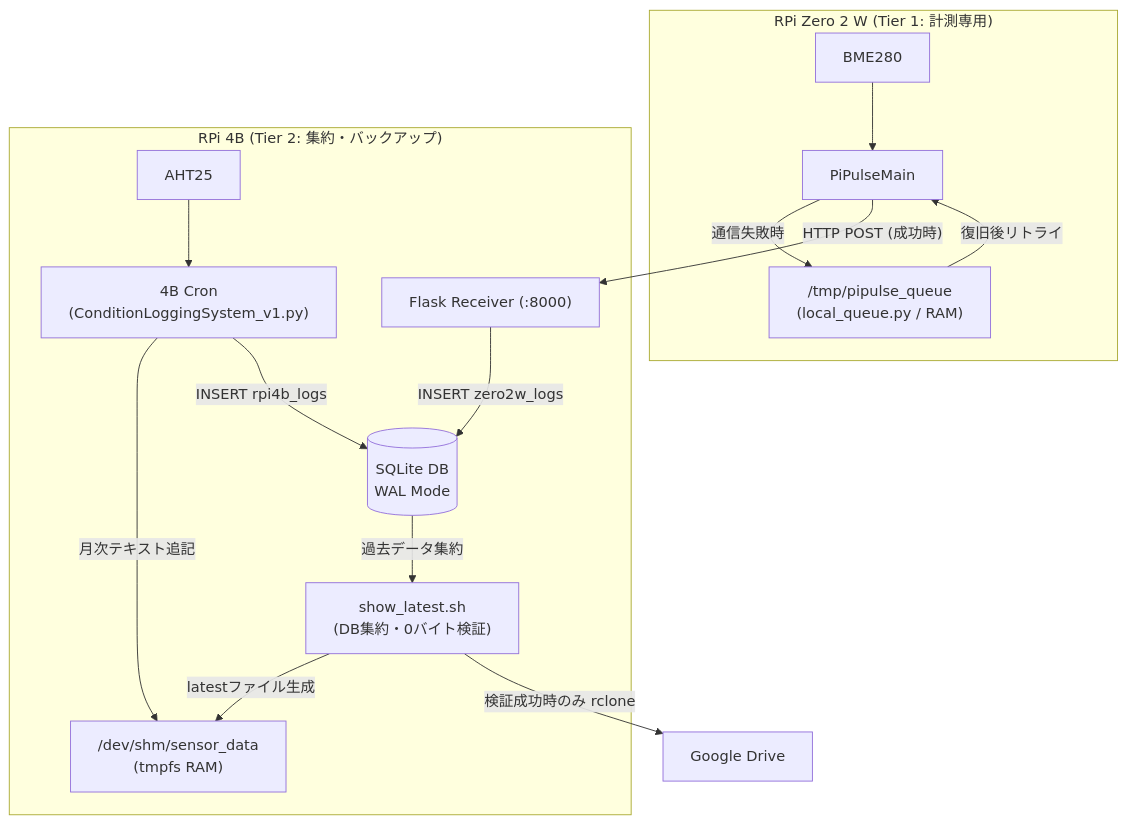
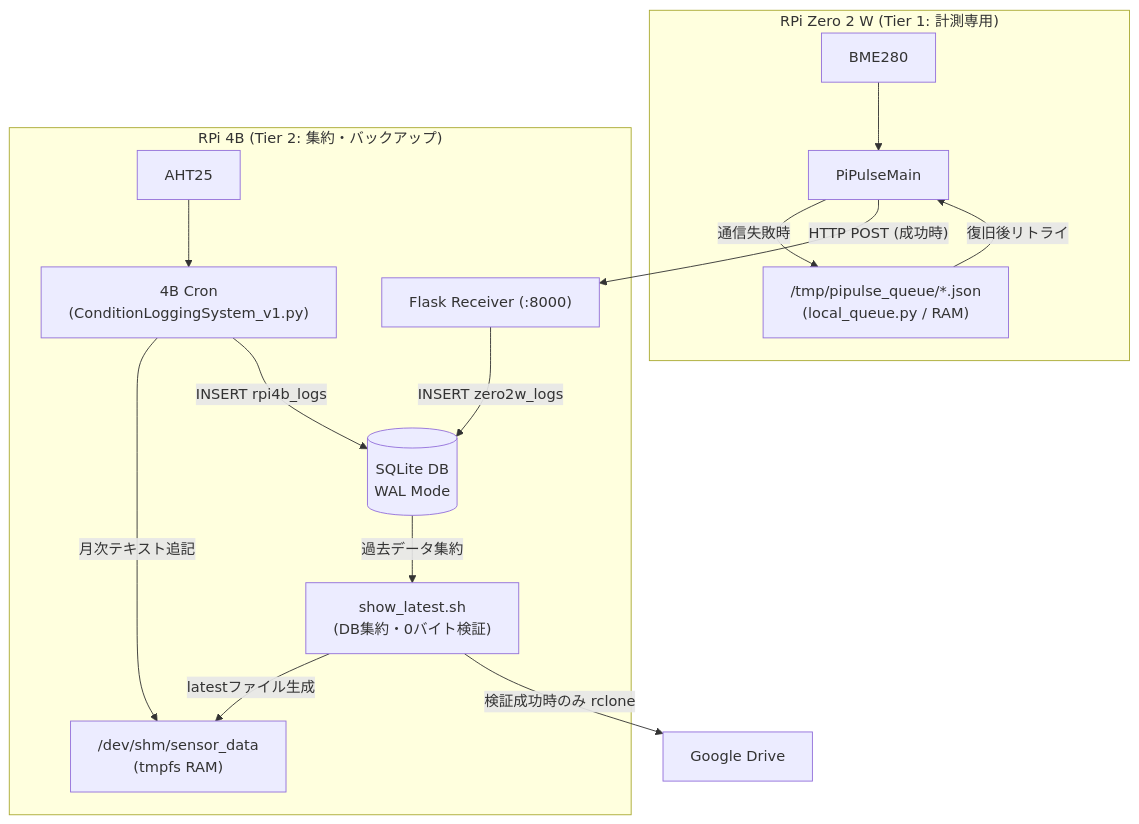
One commit to hidecodegit/ConditionLoggingSystem changed the second of 2 diagrams in docs/architecture.md. Above: the diagram before and after it, drawn with Mermaid. The commit also changed other lines of this file, not shown here.

First line of the commit message:
Modify local queue storage references in architecture.md

````diff
--- a/docs/architecture.md
+++ b/docs/architecture.md
@@ -46,29 +46,29 @@
 ```mermaid
 graph TD
     subgraph Zero2W ["RPi Zero 2 W (Tier 1: 計測専用)"]
         BME280["BME280"] --> ZeroApp["PiPulseMain"]
-        ZeroApp -->|"通信失敗時"| Queue["/tmp/pipulse_queue\n(local_queue.py / RAM)"]
+        ZeroApp -->|"通信失敗時"| Queue["/tmp/pipulse_queue/*.json\n(local_queue.py / RAM)"]
         Queue -->|"復旧後リトライ"| ZeroApp
     end
 
     subgraph Pi4B ["RPi 4B (Tier 2: 集約・バックアップ)"]
         Flask["Flask Receiver (:8000)"]
         DB[(SQLite DB\nWAL Mode)]
         Cron["4B Cron\n(ConditionLoggingSystem_v1.py)"]
         AHT25["AHT25"]
         Shm["/dev/shm/sensor_data\n(tmpfs RAM)"]
         ShowLatest["show_latest.sh\n(DB集約・0バイト検証)"]
 
         ZeroApp -->|"HTTP POST (成功時)"| Flask
         Flask -->|"INSERT zero2w_logs"| DB
         
         AHT25 --> Cron
         Cron -->|"月次テキスト追記"| Shm
         Cron -->|"INSERT rpi4b_logs"| DB
         DB -->|"過去データ集約"| ShowLatest
         ShowLatest -->|"latestファイル生成"| Shm
     end
 
     Drive["Google Drive"]
     ShowLatest -->|"検証成功時のみ rclone"| Drive
 ```
````
